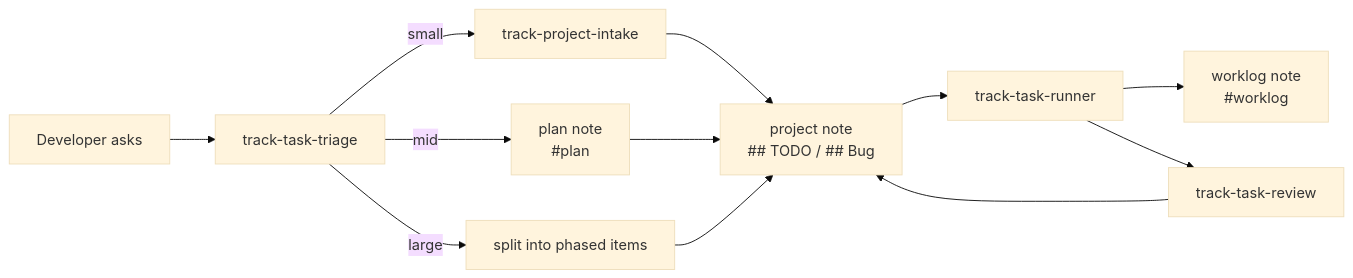
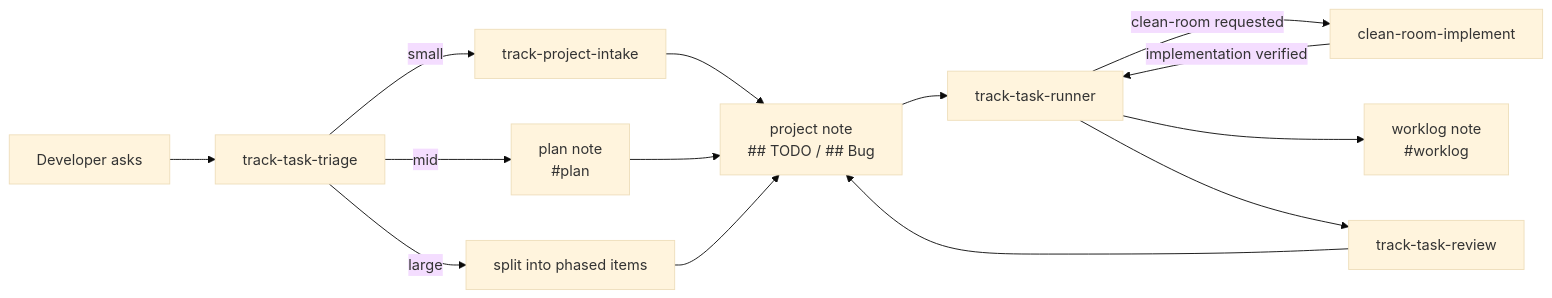
Before and after one commit to ttak0422/track-lab: the diagram in plugins/task/README.md, drawn with Mermaid (base theme). The commit also changed other lines of this file and 2 other files, not shown here.

First line of the commit message:
Add clean-room implementation skill and task runner routing (#33)

````diff
--- a/plugins/task/README.md
+++ b/plugins/task/README.md
@@ -18,14 +19,16 @@
 ```mermaid
 flowchart LR
   ask[Developer asks] --> triage[track-task-triage]
   triage -->|small| intake[track-project-intake]
   triage -->|mid| plan["plan note<br/>#plan"]
   triage -->|large| split["split into phased items"]
   intake --> checklist["project note<br/>## TODO / ## Bug"]
   plan --> checklist
   split --> checklist
   checklist --> runner[track-task-runner]
+  runner -->|clean-room requested| cleanroom[clean-room-implement]
+  cleanroom -->|implementation verified| runner
   runner --> worklog["worklog note<br/>#worklog"]
   runner --> review[track-task-review]
   review --> checklist
 ```
````
